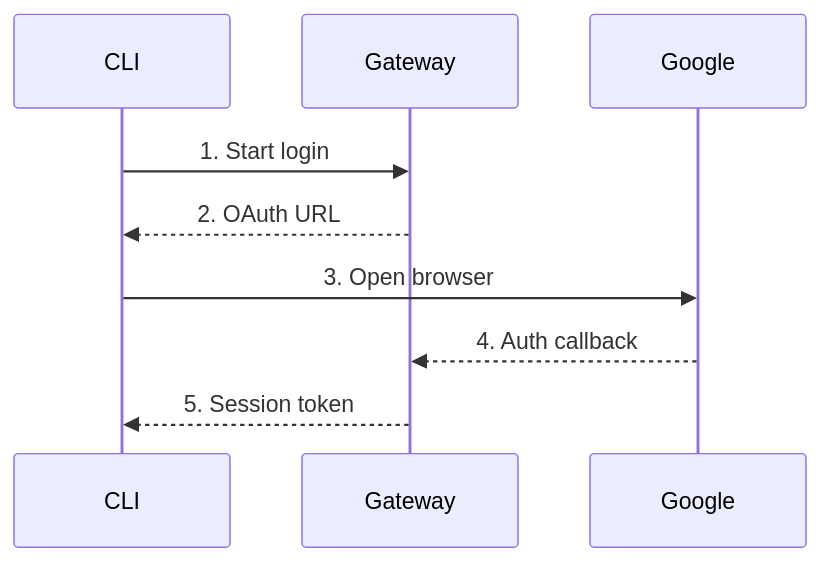
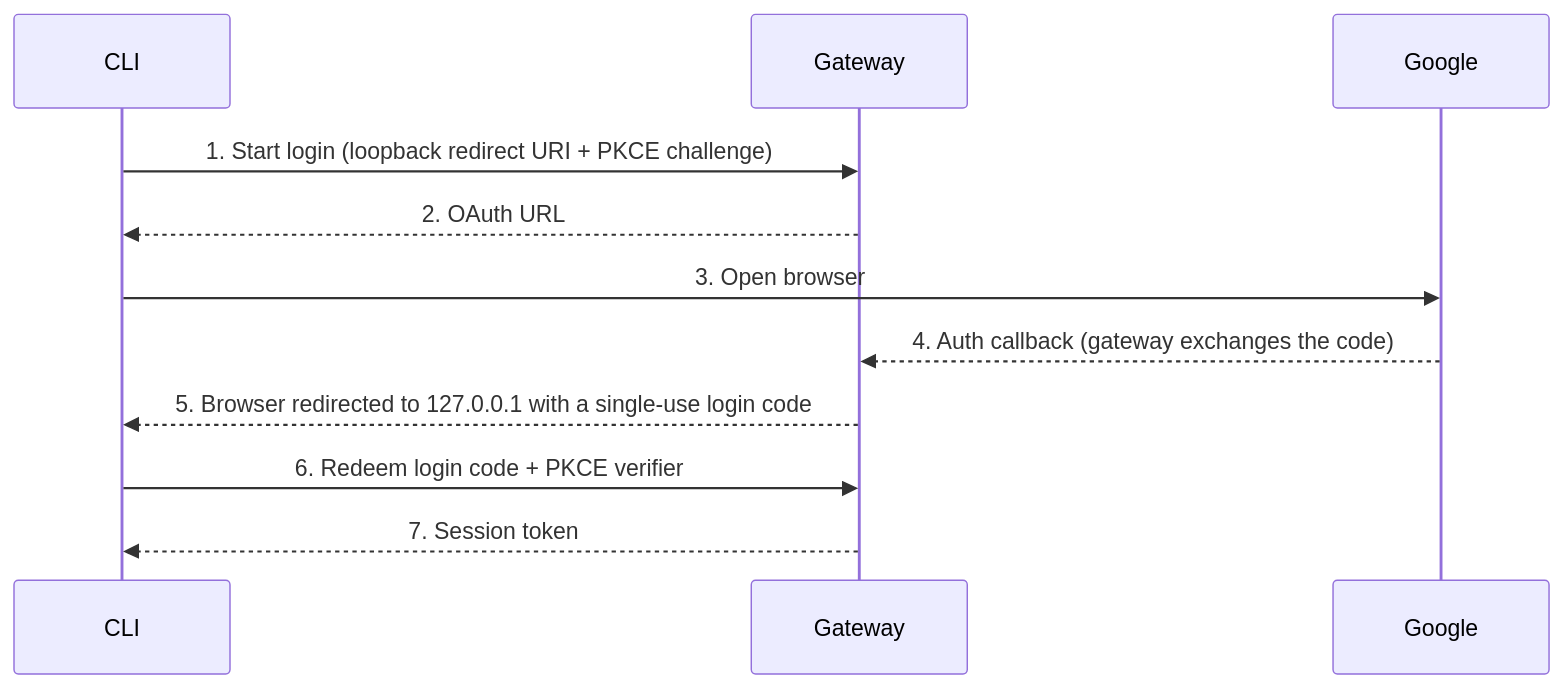
The diagram in docs/src/content/docs/user-guide/cli/authentication.mdx (DocSpring/rack-gateway), drawn with Mermaid before and after one commit. The commit also changed other lines of this file and 34 other files, not shown here.

First line of the commit message:
Review fixes for the loopback CLI login

````diff
--- a/docs/src/content/docs/user-guide/cli/authentication.mdx
+++ b/docs/src/content/docs/user-guide/cli/authentication.mdx
@@ -43,12 +43,14 @@
 ```mermaid
 sequenceDiagram
     participant CLI
     participant Gateway
     participant Google
 
-    CLI->>Gateway: 1. Start login
+    CLI->>Gateway: 1. Start login (loopback redirect URI + PKCE challenge)
     Gateway-->>CLI: 2. OAuth URL
     CLI->>Google: 3. Open browser
-    Google-->>Gateway: 4. Auth callback
-    Gateway-->>CLI: 5. Session token
+    Google-->>Gateway: 4. Auth callback (gateway exchanges the code)
+    Gateway-->>CLI: 5. Browser redirected to 127.0.0.1 with a single-use login code
+    CLI->>Gateway: 6. Redeem login code + PKCE verifier
+    Gateway-->>CLI: 7. Session token
 ```
````
